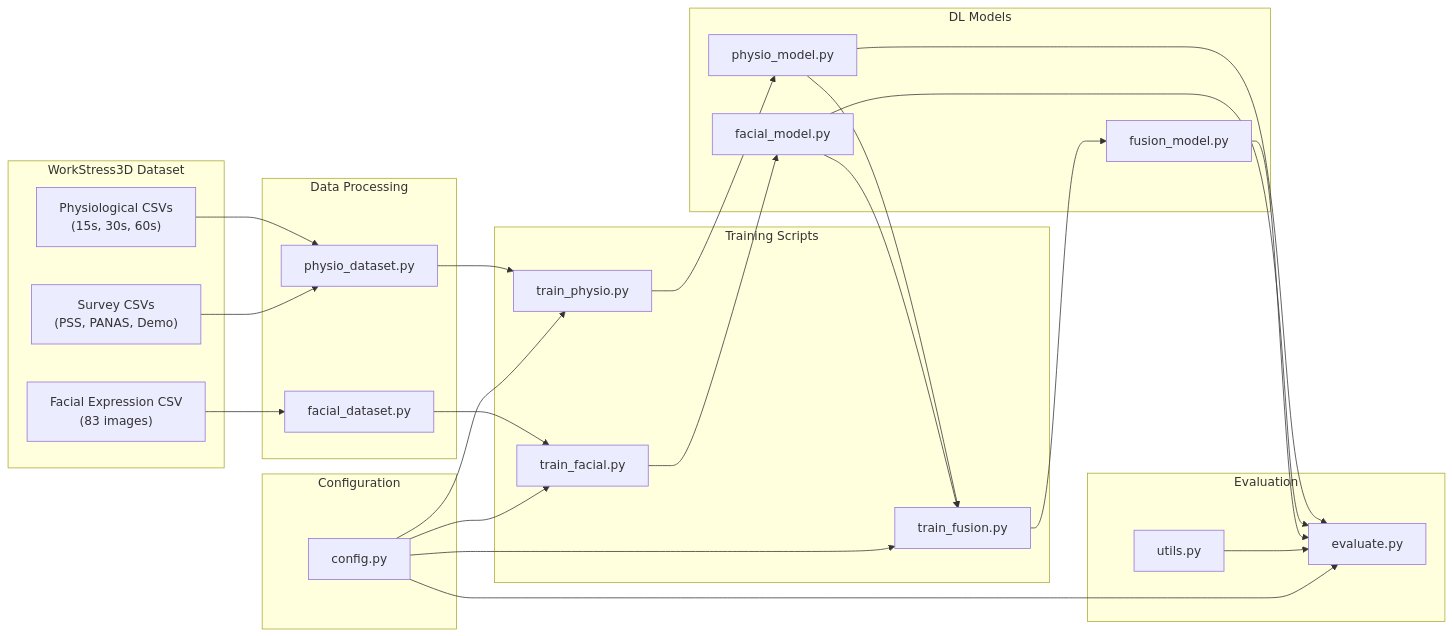
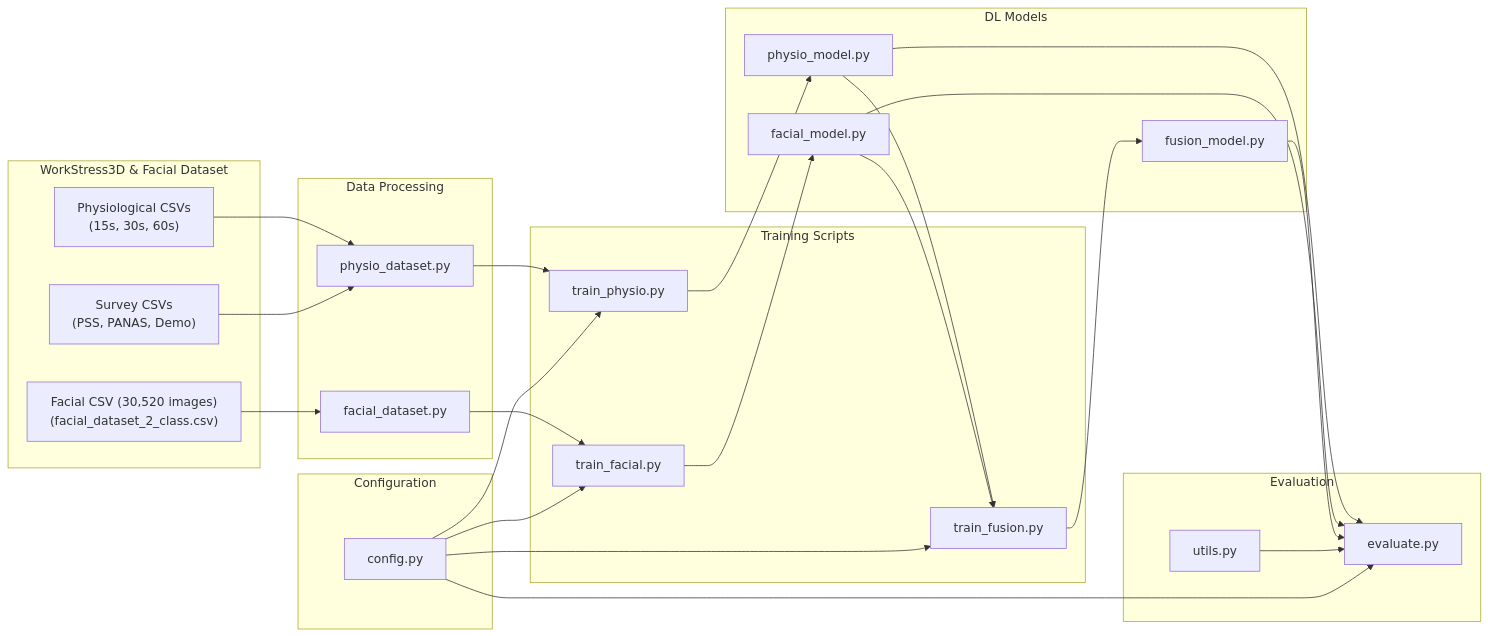
One commit to Yuvi-Sharma07/Capstone changed the second of 3 diagrams in README.md. Above: the diagram before and after it, drawn with Mermaid. The commit also changed other lines of this file, not shown here.

````diff
--- a/README.md
+++ b/README.md
@@ -100,48 +109,48 @@
 ```mermaid
 graph LR
-    subgraph Dataset["WorkStress3D Dataset"]
+    subgraph Dataset["WorkStress3D & Facial Dataset"]
         D1["Physiological CSVs<br/>(15s, 30s, 60s)"]
-        D2["Facial Expression CSV<br/>(83 images)"]
+        D2["Facial CSV (30,520 images)<br/>(facial_dataset_2_class.csv)"]
         D3["Survey CSVs<br/>(PSS, PANAS, Demo)"]
     end
 
     subgraph Processing["Data Processing"]
         P1["physio_dataset.py"]
         P2["facial_dataset.py"]
     end
 
     subgraph Models["DL Models"]
         M1["physio_model.py"]
         M2["facial_model.py"]
         M3["fusion_model.py"]
     end
 
     subgraph Training["Training Scripts"]
         T1["train_physio.py"]
         T2["train_facial.py"]
         T3["train_fusion.py"]
     end
 
     subgraph Eval["Evaluation"]
         E1["evaluate.py"]
         E2["utils.py"]
     end
 
     subgraph Config["Configuration"]
         C1["config.py"]
     end
 
     D1 --> P1 --> T1 --> M1
     D2 --> P2 --> T2 --> M2
     D3 --> P1
     M1 --> T3 --> M3
     M2 --> T3
     M1 --> E1
     M2 --> E1
     M3 --> E1
     E2 --> E1
     C1 --> T1
     C1 --> T2
     C1 --> T3
     C1 --> E1
 ```
````
